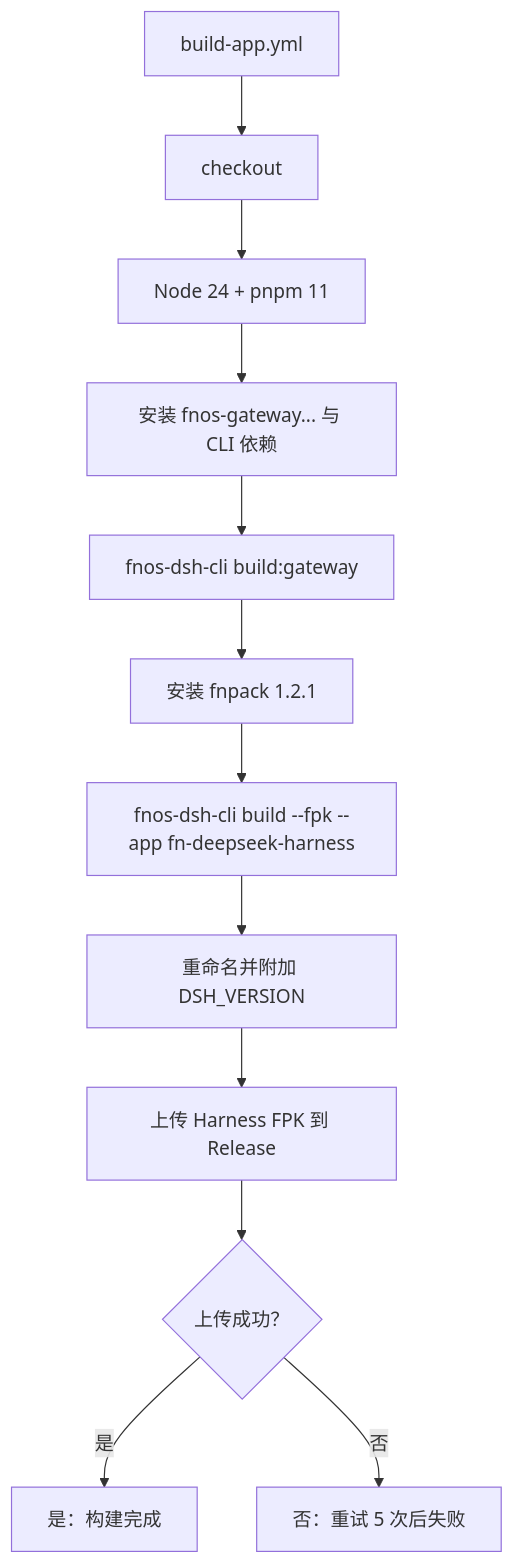
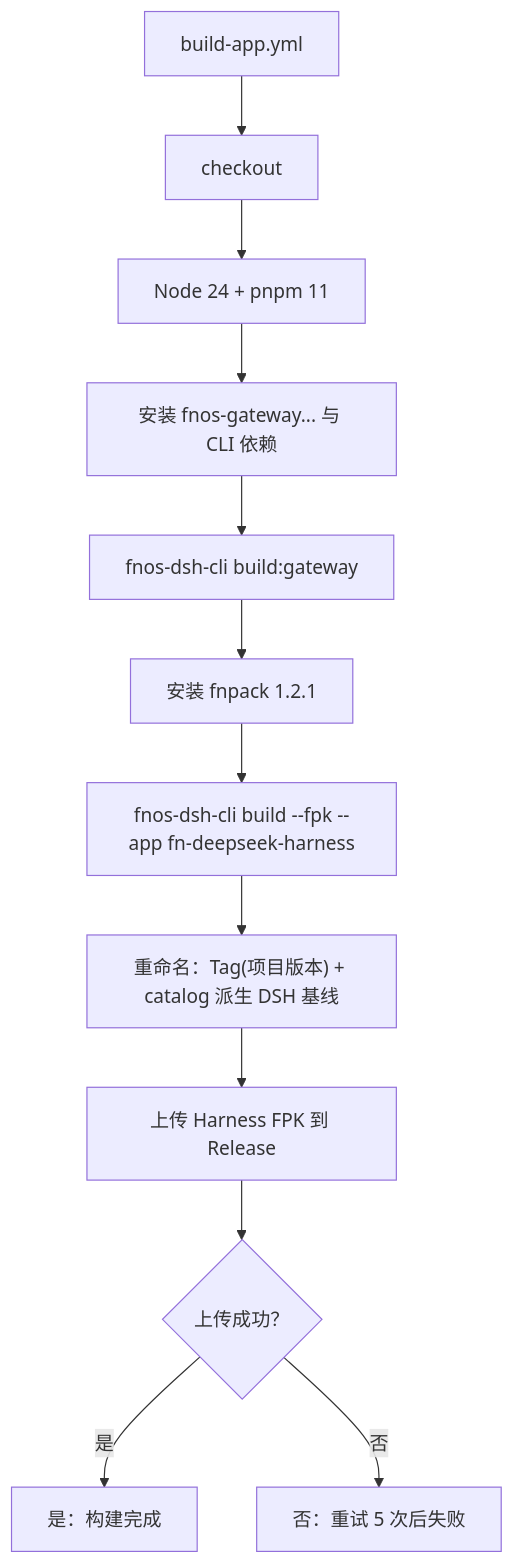
Before and after one commit to FNOSP/fnos-dsh: the third of 4 diagrams in docs/development/github-workflows.md, drawn with Mermaid. The commit also changed 40 other files, not shown here.

````diff
--- a/docs/development/github-workflows.md
+++ b/docs/development/github-workflows.md
@@ -91,20 +91,20 @@
 ```mermaid
 flowchart TD
   workflow["build-app.yml"]
   checkout["checkout"]
   tooling["Node 24 + pnpm 11"]
   install["安装 fnos-gateway... 与 CLI 依赖"]
   gateway["fnos-dsh-cli build:gateway"]
   fnpack["安装 fnpack 1.2.1"]
   build["fnos-dsh-cli build --fpk --app fn-deepseek-harness"]
-  rename["重命名并附加 DSH_VERSION"]
+  rename["重命名：Tag(项目版本) + catalog 派生 DSH 基线"]
   upload["上传 Harness FPK 到 Release"]
   status{"上传成功？"}
   done["是：构建完成"]
   uploadFail["否：重试 5 次后失败"]
 
   workflow --> checkout --> tooling --> install --> gateway --> fnpack
   fnpack --> build --> rename --> upload --> status
   status -->|是| done
   status -->|否| uploadFail
 ```
````
